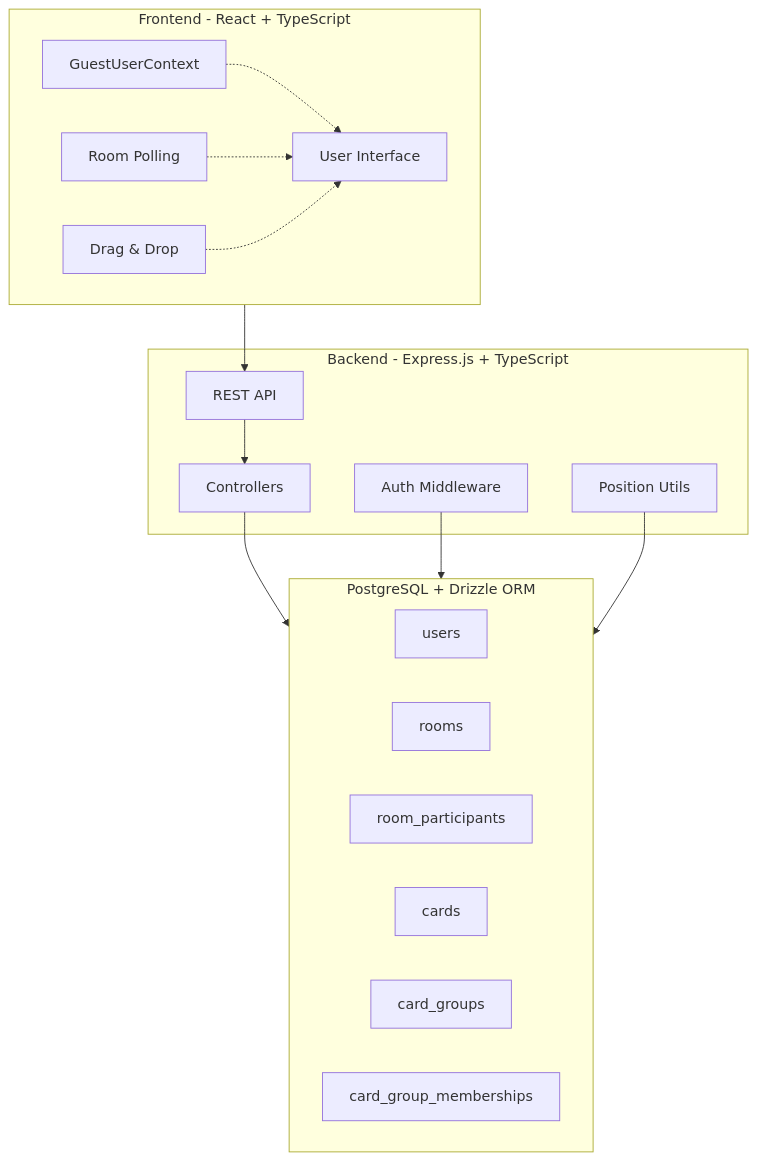
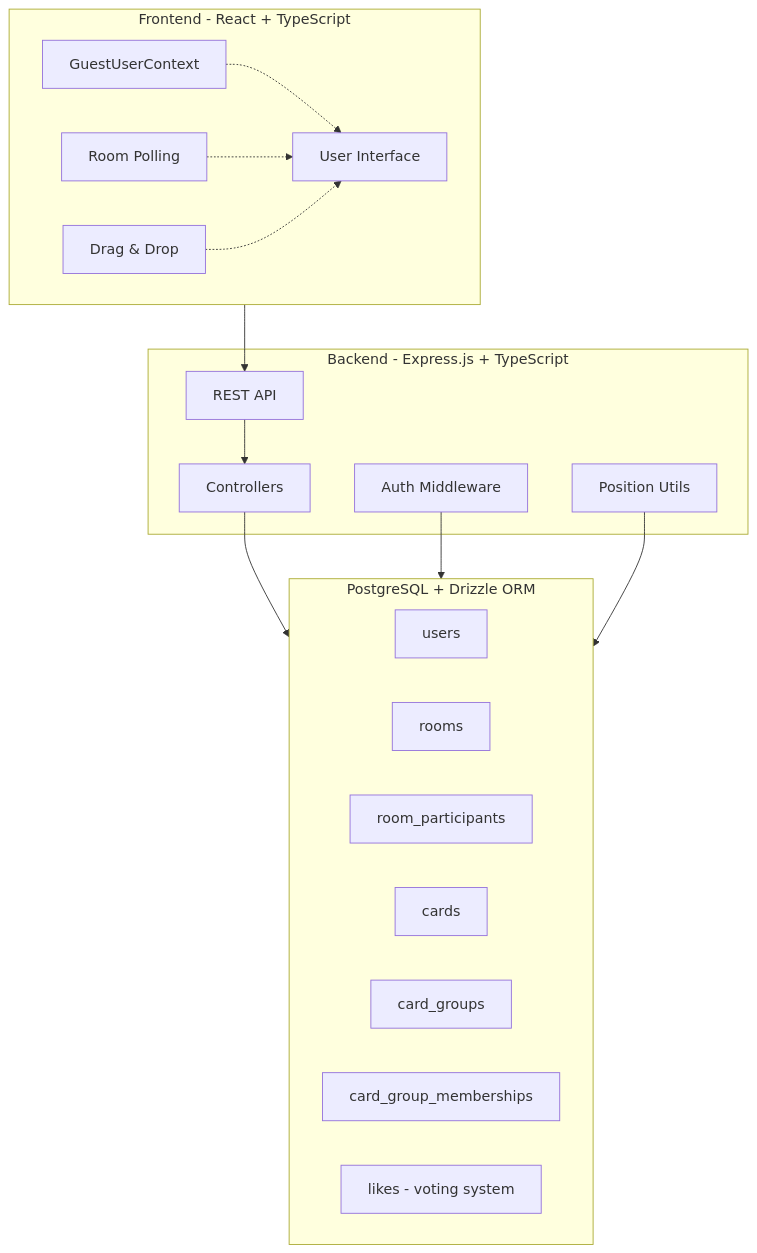
The diagram in docs/README.md (WarVDine/yet-another-retro-tool), drawn with Mermaid before and after one commit. The commit also changed other lines of this file and 1 other file, not shown here.

````diff
--- a/docs/README.md
+++ b/docs/README.md
@@ -42,35 +50,36 @@
 ```mermaid
 flowchart TB
     subgraph Frontend [Frontend - React + TypeScript]
         UI[User Interface]
         Auth[GuestUserContext]
         Polling[Room Polling]
         DnD[Drag & Drop]
     end
     
     subgraph Backend [Backend - Express.js + TypeScript]
         API[REST API]
         Controllers[Controllers]
         Middleware[Auth Middleware]
         Utils[Position Utils]
     end
     
     subgraph Database [PostgreSQL + Drizzle ORM]
         Users[users]
         Rooms[rooms]
         Participants[room_participants]
         Cards[cards]
         Groups[card_groups]
         Memberships[card_group_memberships]
+        Likes[likes - voting system]
     end
     
     Frontend --> API
     API --> Controllers
     Controllers --> Database
     Middleware --> Database
     Utils --> Database
     
     Auth -.-> UI
     Polling -.-> UI
     DnD -.-> UI
 ```
````
